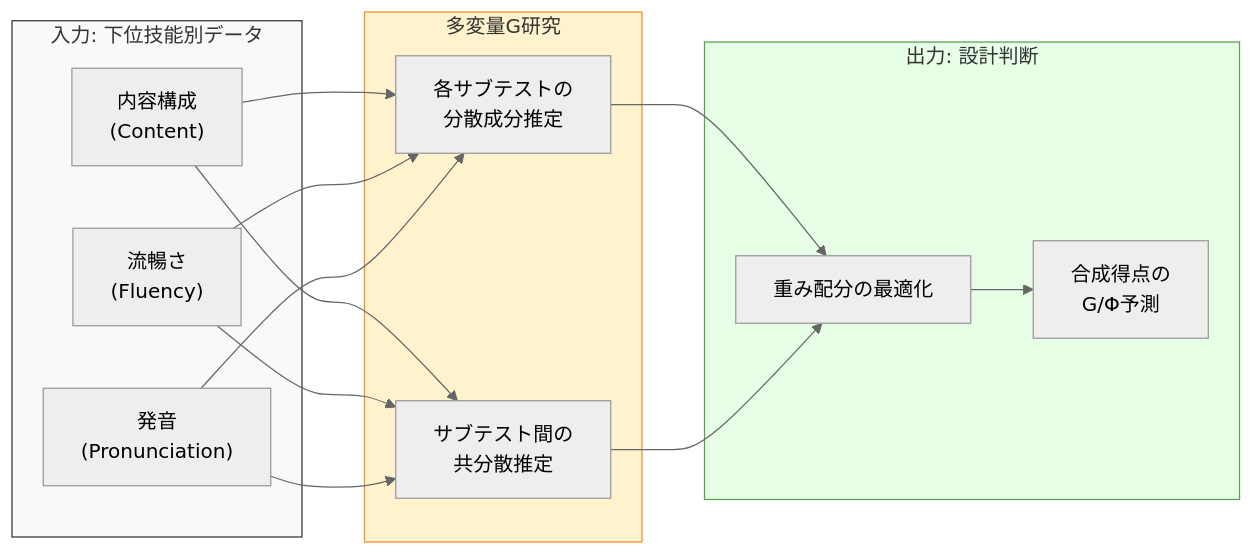
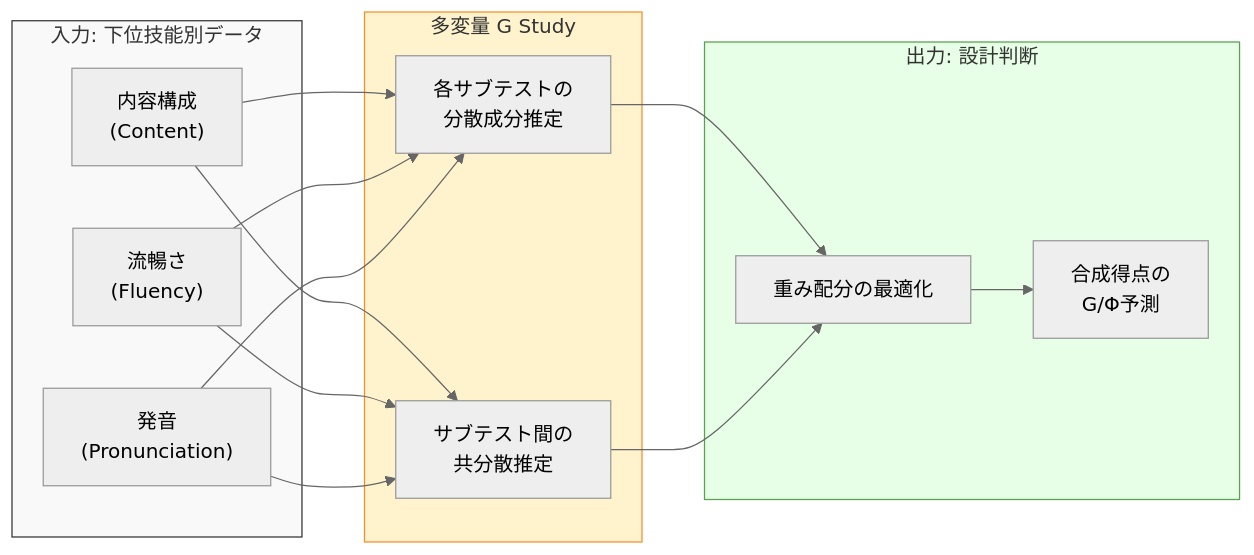
Before and after one commit to Ryuya-dot-com/ELE_Website_Statistics_Book: the third of 4 diagrams in 10_一般化可能性理論.qmd, drawn with Mermaid (neutral theme). The commit also changed other lines of this file and 1020 other files, not shown here.

````diff
--- a/10_一般化可能性理論.qmd
+++ b/10_一般化可能性理論.qmd
@@ -1609,34 +2303,34 @@
 ```{mermaid}
 %%| label: fig-mv-gtheory-concept
 %%| fig-cap: "多変量G-theoryの概念: 下位技能の分散成分と共分散を同時に推定する"
 flowchart LR
     subgraph input["入力: 下位技能別データ"]
       S1["内容構成\n(Content)"]
       S2["流暢さ\n(Fluency)"]
       S3["発音\n(Pronunciation)"]
     end
 
-    subgraph analysis["多変量G研究"]
+    subgraph analysis["多変量 G Study"]
       V1["各サブテストの\n分散成分推定"]
       V2["サブテスト間の\n共分散推定"]
     end
 
     subgraph output["出力: 設計判断"]
       O1["重み配分の最適化"]
       O2["合成得点の\nG/Φ予測"]
     end
 
     S1 --> V1
     S2 --> V1
     S3 --> V1
     S1 --> V2
     S2 --> V2
     S3 --> V2
     V1 --> O1
     V2 --> O1
     O1 --> O2
 
     style input fill:#f9f9f9,stroke:#333
     style analysis fill:#fff3cd,stroke:#f28e2b
     style output fill:#e6ffe6,stroke:#59a14f
 ```
````
